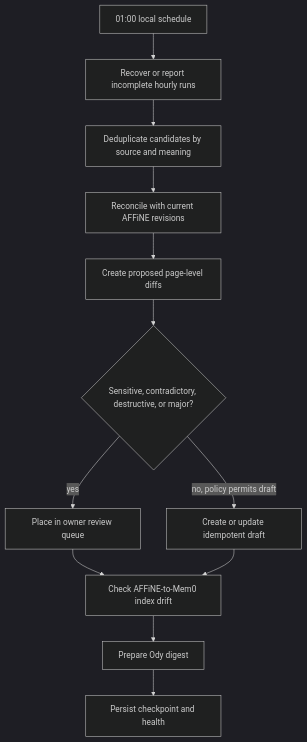
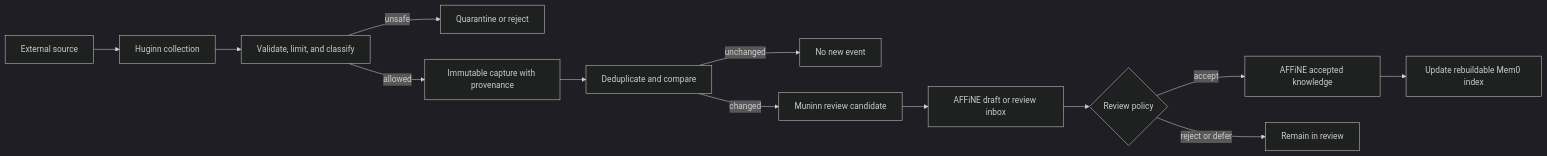
The fourth of 7 diagrams in docs/data-flows.md (wan0net/asgard), drawn with Mermaid (dark theme) before and after one commit. The commit also changed other lines of this file and 4 other files, not shown here.

Commit message:
Simplify architecture flows and approvals

````diff
--- a/docs/data-flows.md
+++ b/docs/data-flows.md
@@ -357,26 +131,15 @@
 ```mermaid
-flowchart TD
-    Start["01:00 local schedule"]
-    Recover["Recover or report incomplete hourly runs"]
-    Dedupe["Deduplicate candidates by source and meaning"]
-    Reconcile["Reconcile with current AFFiNE revisions"]
-    Diff["Create proposed page-level diffs"]
-    Review{"Sensitive, contradictory, destructive, or major?"}
-    Inbox["Place in owner review queue"]
-    Draft["Create or update idempotent draft"]
-    Drift["Check AFFiNE-to-Mem0 index drift"]
-    Digest["Prepare Ody digest"]
-    Done["Persist checkpoint and health"]
-
-    Start --> Recover
-    Recover --> Dedupe
-    Dedupe --> Reconcile
-    Reconcile --> Diff
-    Diff --> Review
-    Review -->|"yes"| Inbox
-    Review -->|"no, policy permits draft"| Draft
-    Inbox --> Drift
-    Draft --> Drift
-    Drift --> Digest
-    Digest --> Done
+flowchart LR
+    Source["External source"] --> Huginn["Huginn collection"]
+    Huginn --> Validate["Validate, limit, and classify"]
+    Validate -->|"unsafe"| Quarantine["Quarantine or reject"]
+    Validate -->|"allowed"| Capture["Immutable capture with provenance"]
+    Capture --> Compare["Deduplicate and compare"]
+    Compare -->|"unchanged"| Noop["No new event"]
+    Compare -->|"changed"| Muninn["Muninn review candidate"]
+    Muninn --> Draft["AFFiNE draft or review inbox"]
+    Draft --> Decision{"Review policy"}
+    Decision -->|"accept"| Canonical["AFFiNE accepted knowledge"]
+    Decision -->|"reject or defer"| Inbox["Remain in review"]
+    Canonical --> Index["Update rebuildable Mem0 index"]
 ```
````
